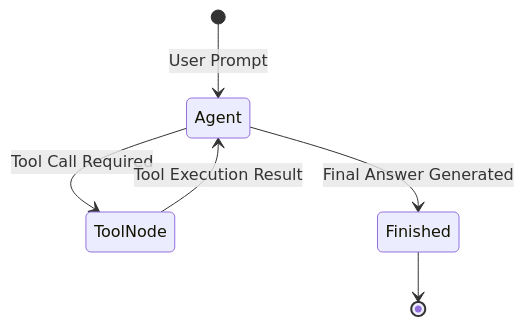
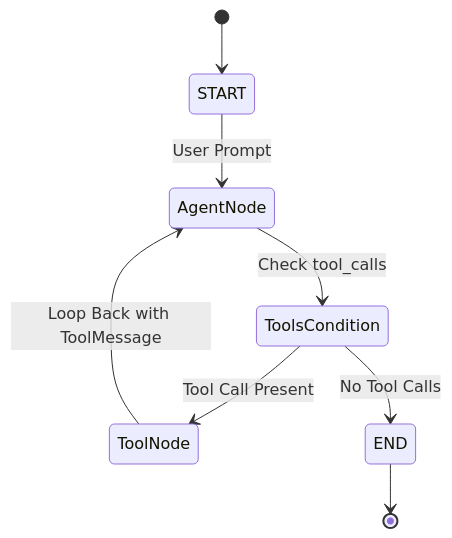
Before and after one commit to DeshDeepakKant/ai-engineering-docs: the diagram in docs/04-agentic-ai-langgraph/01-agentic-ai-langgraph-campusx/05-langgraph-core-concepts-agentic-ai-using.md, drawn with Mermaid. The commit also changed other lines of this file and 182 other files, not shown here.

````diff
--- a/docs/04-agentic-ai-langgraph/01-agentic-ai-langgraph-campusx/05-langgraph-core-concepts-agentic-ai-using.md
+++ b/docs/04-agentic-ai-langgraph/01-agentic-ai-langgraph-campusx/05-langgraph-core-concepts-agentic-ai-using.md
@@ -35,8 +35,10 @@
 ```mermaid
 stateDiagram-v2
-    [*] --> Agent: User Prompt
-    Agent --> ToolNode: Tool Call Required
-    ToolNode --> Agent: Tool Execution Result
-    Agent --> Finished: Final Answer Generated
-    Finished --> [*]
+    [*] --> START
+    START --> AgentNode: User Prompt
+    AgentNode --> ToolsCondition: Check tool_calls
+    ToolsCondition --> ToolNode: Tool Call Present
+    ToolNode --> AgentNode: Loop Back with ToolMessage
+    ToolsCondition --> END: No Tool Calls
+    END --> [*]
 ```
````
